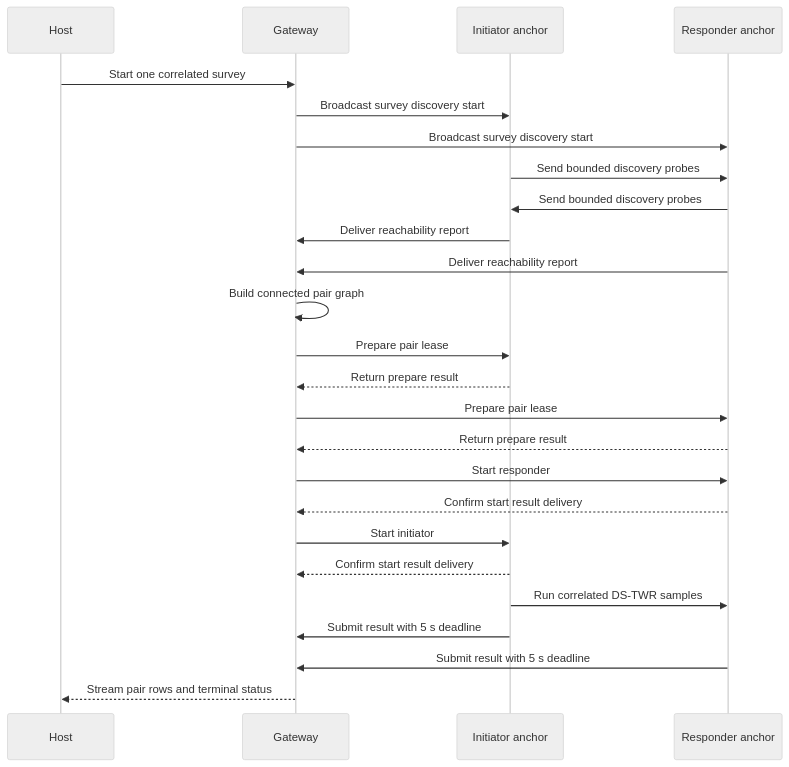
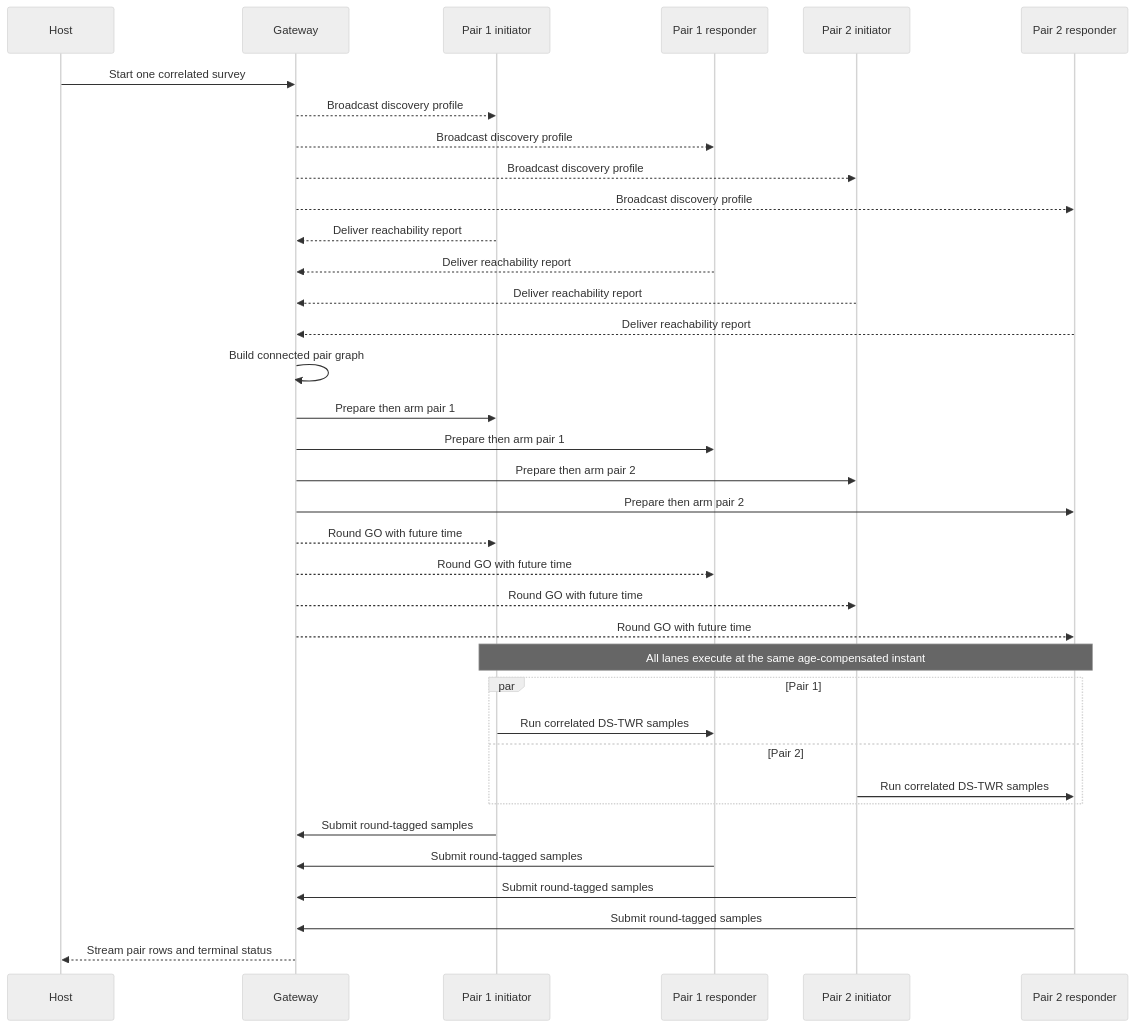
The diagram in docs/wiki/07_anchor-self-setup-survey-and-geometry.md (Jubliano-sama/IMEC2), drawn with Mermaid (neutral theme) before and after one commit. The commit also changed other lines of this file and 15 other files, not shown here.

````diff
--- a/docs/wiki/07_anchor-self-setup-survey-and-geometry.md
+++ b/docs/wiki/07_anchor-self-setup-survey-and-geometry.md
@@ -75,28 +77,39 @@
 ```mermaid
 sequenceDiagram
     participant H as Host
     participant G as Gateway
-    participant I as Initiator anchor
-    participant R as Responder anchor
+    participant I1 as Pair 1 initiator
+    participant R1 as Pair 1 responder
+    participant I2 as Pair 2 initiator
+    participant R2 as Pair 2 responder
 
     H->>G: Start one correlated survey
-    G->>I: Broadcast survey discovery start
-    G->>R: Broadcast survey discovery start
-    I->>R: Send bounded discovery probes
-    R->>I: Send bounded discovery probes
-    I->>G: Deliver reachability report
-    R->>G: Deliver reachability report
+    G-->>I1: Broadcast discovery profile
+    G-->>R1: Broadcast discovery profile
+    G-->>I2: Broadcast discovery profile
+    G-->>R2: Broadcast discovery profile
+    I1-->>G: Deliver reachability report
+    R1-->>G: Deliver reachability report
+    I2-->>G: Deliver reachability report
+    R2-->>G: Deliver reachability report
     G->>G: Build connected pair graph
-    G->>I: Prepare pair lease
-    I-->>G: Return prepare result
-    G->>R: Prepare pair lease
-    R-->>G: Return prepare result
-    G->>R: Start responder
-    R-->>G: Confirm start result delivery
-    G->>I: Start initiator
-    I-->>G: Confirm start result delivery
-    I->>R: Run correlated DS-TWR samples
-    I->>G: Submit result with 5 s deadline
-    R->>G: Submit result with 5 s deadline
+    G->>I1: Prepare then arm pair 1
+    G->>R1: Prepare then arm pair 1
+    G->>I2: Prepare then arm pair 2
+    G->>R2: Prepare then arm pair 2
+    G-->>I1: Round GO with future time
+    G-->>R1: Round GO with future time
+    G-->>I2: Round GO with future time
+    G-->>R2: Round GO with future time
+    Note over I1,R2: All lanes execute at the same age-compensated instant
+    par Pair 1
+        I1->>R1: Run correlated DS-TWR samples
+    and Pair 2
+        I2->>R2: Run correlated DS-TWR samples
+    end
+    I1->>G: Submit round-tagged samples
+    R1->>G: Submit round-tagged samples
+    I2->>G: Submit round-tagged samples
+    R2->>G: Submit round-tagged samples
     G-->>H: Stream pair rows and terminal status
 ```
````
